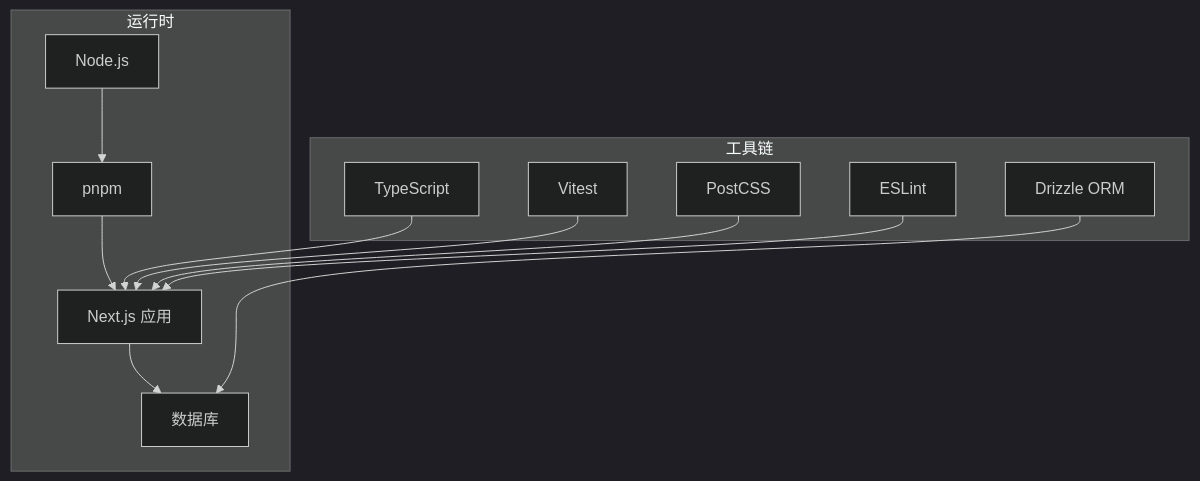
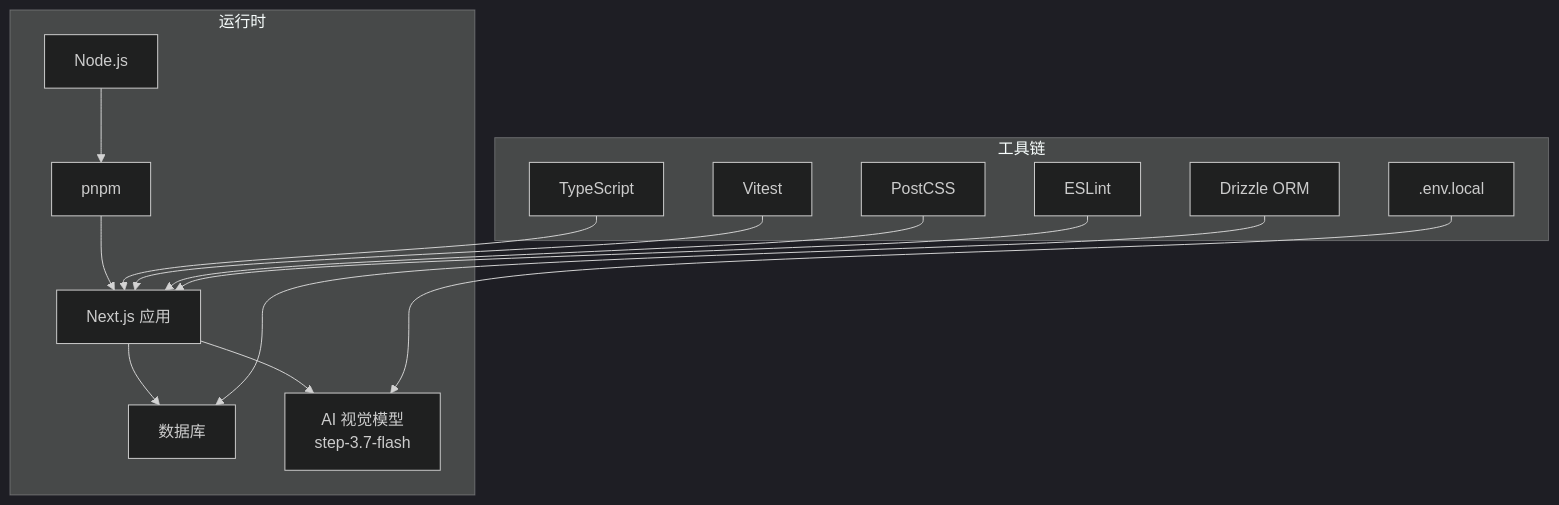
The second of 5 diagrams in .qoder/repowiki/zh/content/开发指南/环境配置.md (AIMFllyYS/code-video-canvas), drawn with Mermaid (dark theme) before and after one commit. The commit also changed other lines of this file and 18 other files, not shown here.

````diff
--- a/.qoder/repowiki/zh/content/开发指南/环境配置.md
+++ b/.qoder/repowiki/zh/content/开发指南/环境配置.md
@@ -100,15 +109,17 @@
 ```mermaid
 graph TB
 subgraph "运行时"
 NJS["Node.js"] --> PNM["pnpm"]
 PNM --> NX["Next.js 应用"]
 NX --> DB["数据库"]
+NX --> AI["AI 视觉模型<br/>step-3.7-flash"]
 end
 subgraph "工具链"
 TS["TypeScript"] --> NX
 DRZ["Drizzle ORM"] --> DB
 VIT["Vitest"] --> NX
 POST["PostCSS"] --> NX
 ESL["ESLint"] --> NX
+ENV[".env.local"] --> AI
 end
 ```
````
